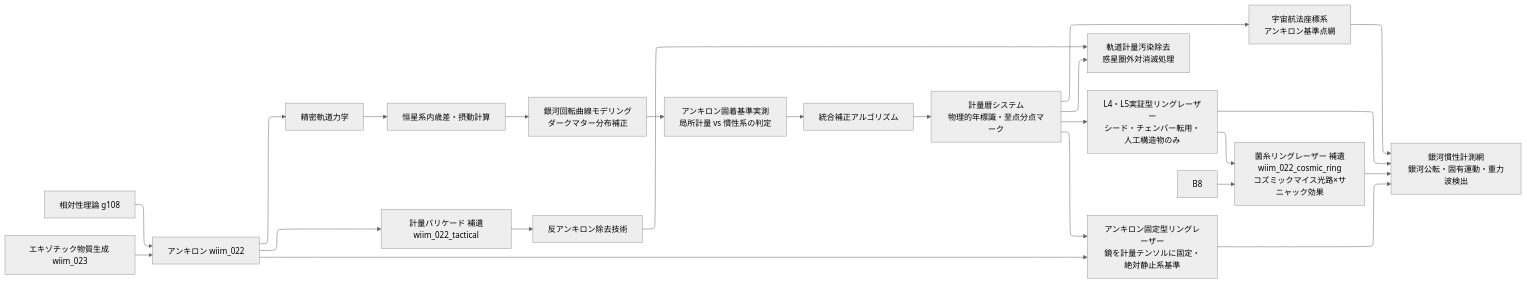
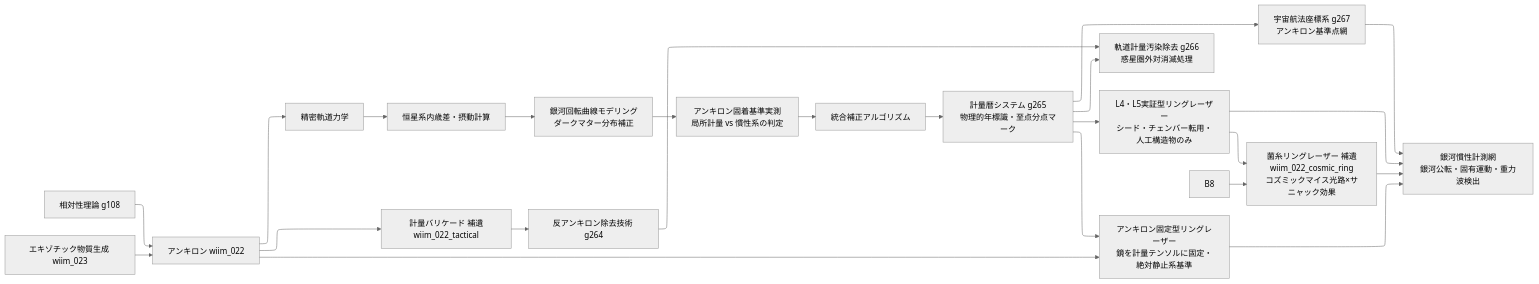
Before and after one commit to theronium/WhatIfImpossible: the fifth of 11 diagrams in docs/notes/tech_tree.md, drawn with Mermaid (neutral theme). The commit also changed other lines of this file and 18 other files, not shown here.

````diff
--- a/docs/notes/tech_tree.md
+++ b/docs/notes/tech_tree.md
@@ -252,32 +252,32 @@
 ```mermaid
 %%{init: {"layout": "elk"}}%%
 flowchart LR
     M1[相対性理論 g108]
     M2[エキゾチック物質生成 wiim_023]
 
     M1 --> M3[アンキロン wiim_022]
     M2 --> M3
 
     M3 --> M4[精密軌道力学]
     M4 --> M5[恒星系内歳差・摂動計算]
     M5 --> M6[銀河回転曲線モデリング\nダークマター分布補正]
     M6 --> M7[アンキロン固着基準実測\n局所計量 vs 慣性系の判定]
     M7 --> M8[統合補正アルゴリズム]
-    M8 --> M9[計量暦システム\n物理的年標識・至点分点マーク]
-    M9 --> M10[宇宙航法座標系\nアンキロン基準点網]
+    M8 --> M9[計量暦システム g265\n物理的年標識・至点分点マーク]
+    M9 --> M10[宇宙航法座標系 g267\nアンキロン基準点網]
 
     M3 --> M11[計量バリケード 補遺wiim_022_tactical]
-    M11 --> M12[反アンキロン除去技術]
-    M12 --> M13[軌道計量汚染除去\n惑星圏外対消滅処理]
+    M11 --> M12[反アンキロン除去技術 g264]
+    M12 --> M13[軌道計量汚染除去 g266\n惑星圏外対消滅処理]
     M9 --> M13
 
     M9 --> M14[L4・L5実証型リングレーザー\nシード・チェンバー転用・人工構造物のみ]
     M14 --> M15[菌糸リングレーザー 補遺wiim_022_cosmic_ring\nコズミックマイス光路×サニャック効果]
     B8 --> M15
     M3 --> M16[アンキロン固定型リングレーザー\n鏡を計量テンソルに固定・絶対静止系基準]
     M9 --> M16
     M14 --> M17[銀河慣性計測網\n銀河公転・固有運動・重力波検出]
     M15 --> M17
     M16 --> M17
     M10 --> M17
 ```
````
